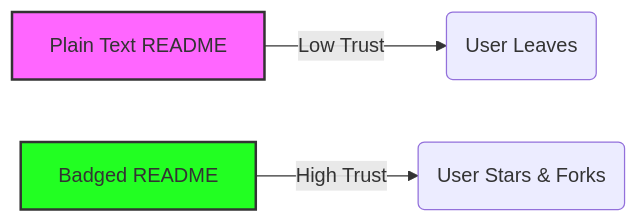
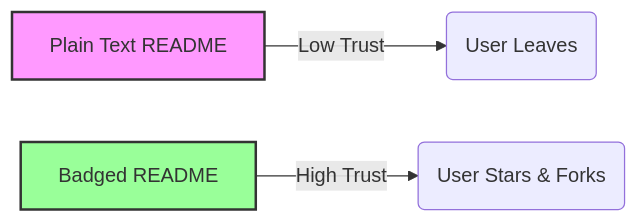
Before and after one commit to Aliriyaj007/The-Ultimate-README-Badges-Collection: the first of 2 diagrams in README.md, drawn with Mermaid. The commit also changed other lines of this file and 20 other files, not shown here.

````diff
--- a/README.md
+++ b/README.md
@@ -41,8 +54,8 @@
 ```mermaid
 graph LR
     A[Plain Text README] -->|Low Trust| B(User Leaves)
     C[Badged README] -->|High Trust| D(User Stars & Forks)
     
-    style A fill:#f6f,stroke:#333,stroke-width:2px
-    style C fill:#2f2,stroke:#333,stroke-width:2px
+    style A fill:#f9f,stroke:#333,stroke-width:2px
+    style C fill:#9f9,stroke:#333,stroke-width:2px
 ```
````
